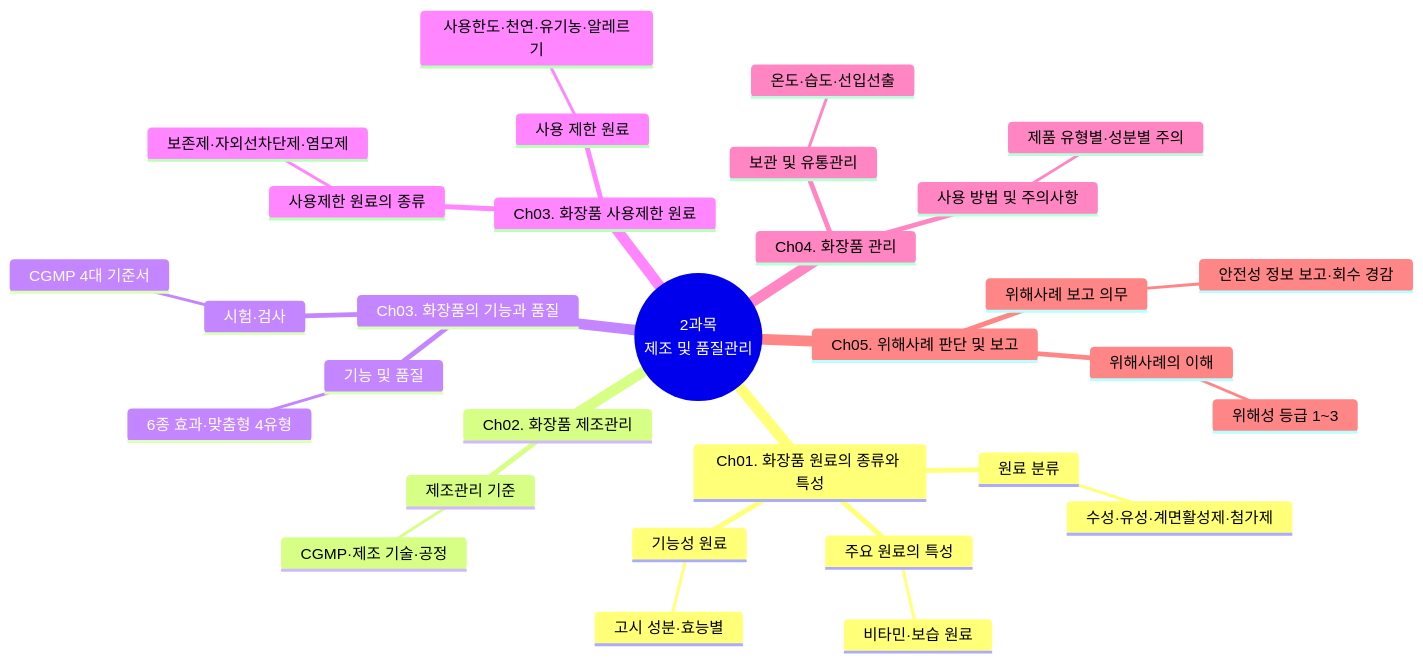
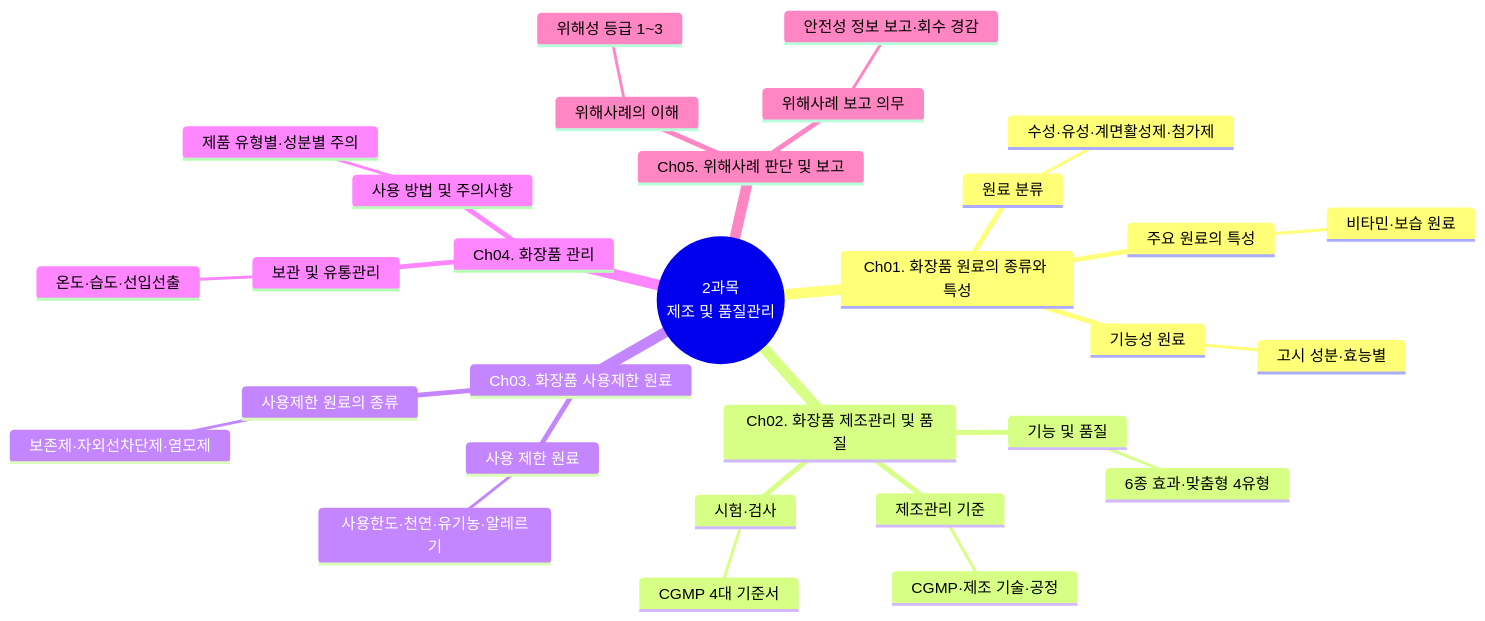
Before and after one commit to skygoldlee-cyber/Personalized_Skincare: the first of 20 diagrams in content/교재/manufacturing/2과목_제조및품질관리_표준형.md, drawn with Mermaid. The commit also changed other lines of this file and 19 other files, not shown here.

````diff
--- a/content/교재/manufacturing/2과목_제조및품질관리_표준형.md
+++ b/content/교재/manufacturing/2과목_제조및품질관리_표준형.md
@@ -140,34 +140,33 @@
 ```mermaid
 mindmap
   root((2과목<br/>제조 및 품질관리))
     Ch01. 화장품 원료의 종류와 특성
       원료 분류
         수성·유성·계면활성제·첨가제
       주요 원료의 특성
         비타민·보습 원료
       기능성 원료
         고시 성분·효능별
-    Ch02. 화장품 제조관리
+    Ch02. 화장품 제조관리 및 품질
       제조관리 기준
         CGMP·제조 기술·공정
-    Ch03. 화장품의 기능과 품질
       기능 및 품질
         6종 효과·맞춤형 4유형
       시험·검사
         CGMP 4대 기준서
     Ch03. 화장품 사용제한 원료
       사용제한 원료의 종류
         보존제·자외선차단제·염모제
       사용 제한 원료
         사용한도·천연·유기농·알레르기
     Ch04. 화장품 관리
       보관 및 유통관리
         온도·습도·선입선출
       사용 방법 및 주의사항
         제품 유형별·성분별 주의
     Ch05. 위해사례 판단 및 보고
       위해사례의 이해
         위해성 등급 1~3
       위해사례 보고 의무
         안전성 정보 보고·회수 경감
 ```
````
